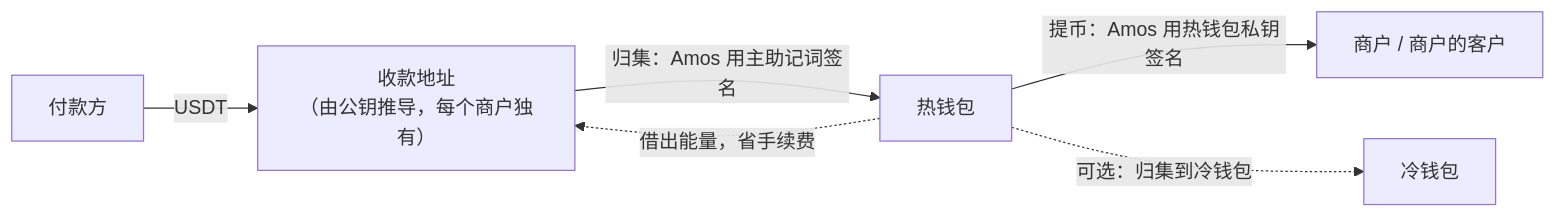
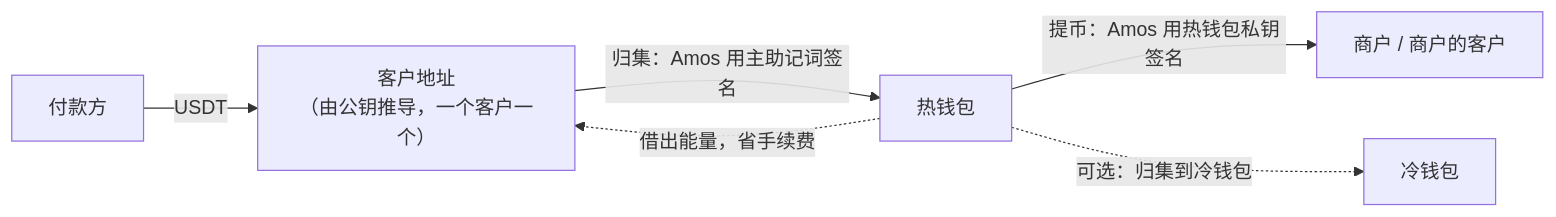
Diagram 11 of 17 in 00-架构方案.md (dollar3651314/amos111), drawn with Mermaid before and after one commit. The commit also changed other lines of this file and 2 other files, not shown here.

````diff
--- a/00-架构方案.md
+++ b/00-架构方案.md
@@ -608,8 +614,8 @@
 ```mermaid
 flowchart LR
-    PAY["付款方"] -->|"USDT"| DA["收款地址<br/>（由公钥推导，每个商户独有）"]
+    PAY["付款方"] -->|"USDT"| DA["客户地址<br/>（由公钥推导，一个客户一个）"]
     DA -->|"归集：Amos 用主助记词签名"| HOT["热钱包"]
     HOT -->|"提币：Amos 用热钱包私钥签名"| OUT["商户 / 商户的客户"]
     HOT -.->|"可选：归集到冷钱包"| COLD["冷钱包"]
     HOT -.->|"借出能量，省手续费"| DA
 ```
````
